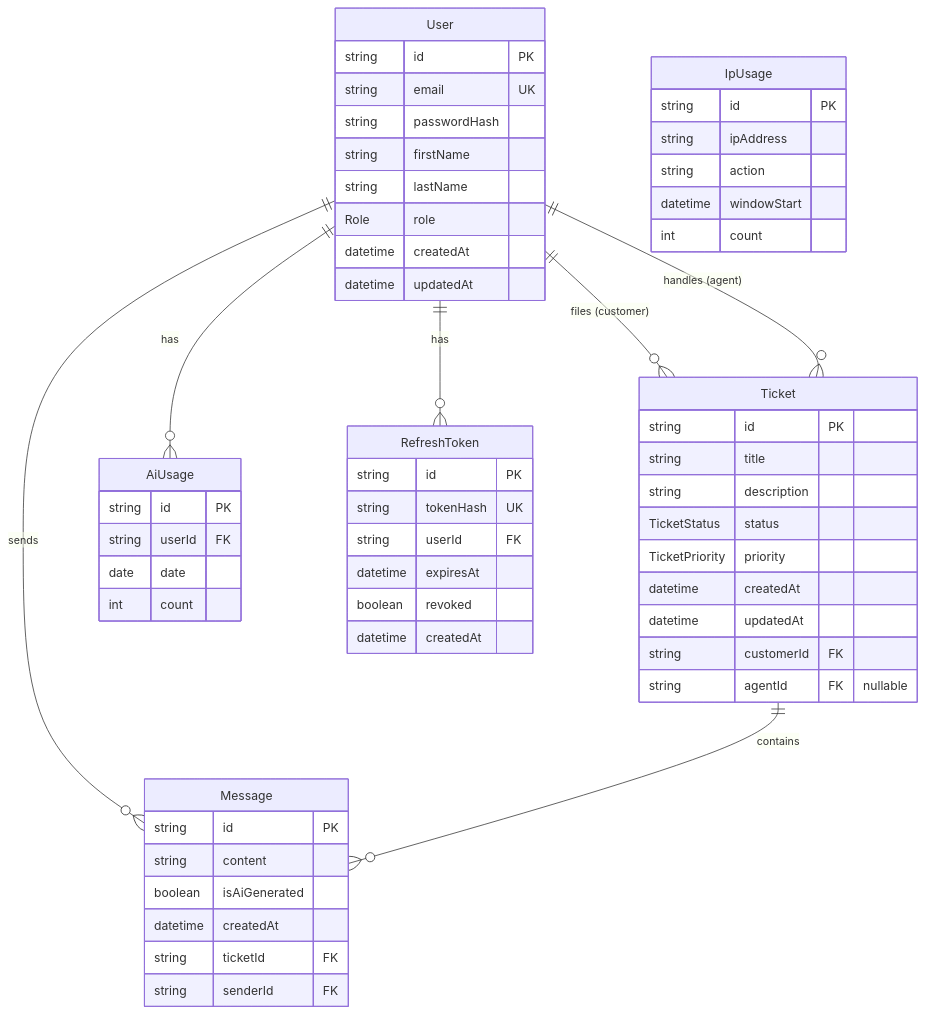
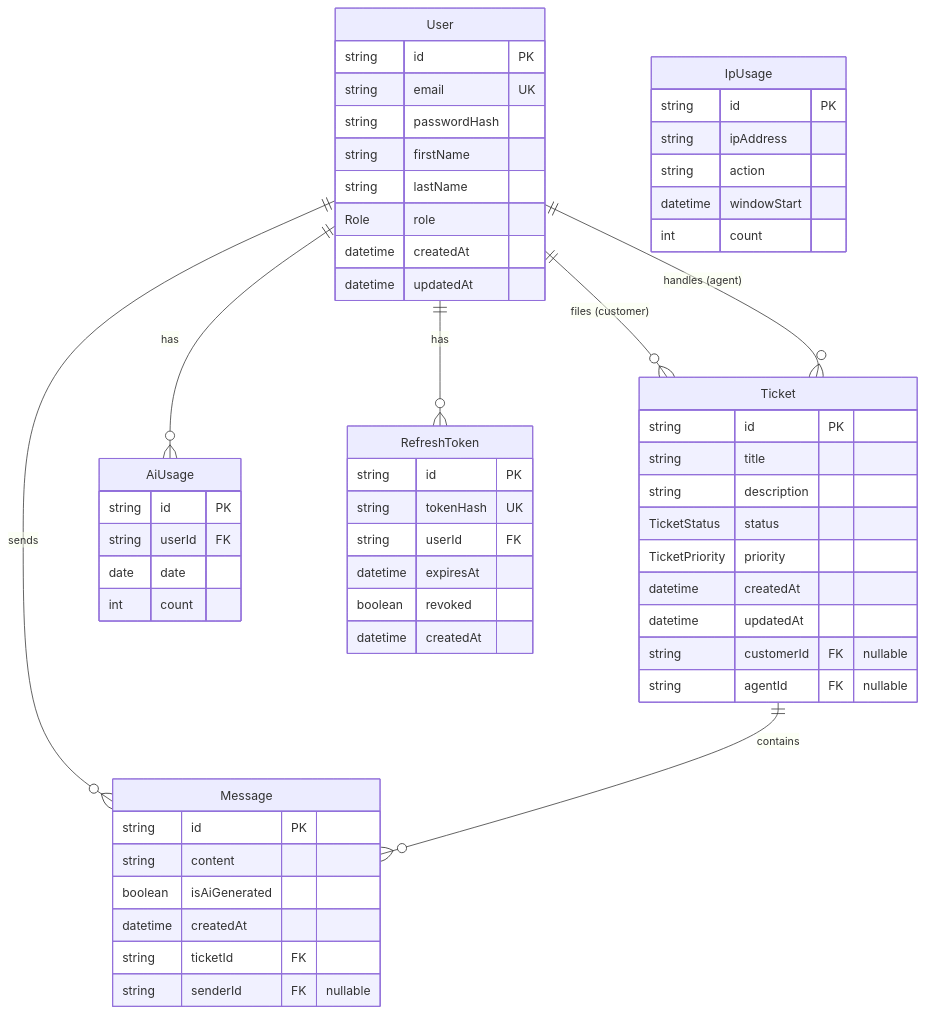
Before and after one commit to Molnar-Zoltan/it-helpdesk: the diagram in docs/schema.md, drawn with Mermaid. The commit also changed other lines of this file and 18 other files, not shown here.

````diff
--- a/docs/schema.md
+++ b/docs/schema.md
@@ -20,65 +20,65 @@
 ```mermaid
 erDiagram
     User ||--o{ Ticket : "files (customer)"
     User ||--o{ Ticket : "handles (agent)"
     User ||--o{ Message : sends
     User ||--o{ AiUsage : has
     User ||--o{ RefreshToken : has
     Ticket ||--o{ Message : contains
 
     User {
         string id PK
         string email UK
         string passwordHash
         string firstName
         string lastName
         Role role
         datetime createdAt
         datetime updatedAt
     }
 
     Ticket {
         string id PK
         string title
         string description
         TicketStatus status
         TicketPriority priority
         datetime createdAt
         datetime updatedAt
-        string customerId FK
+        string customerId FK "nullable"
         string agentId FK "nullable"
     }
 
     Message {
         string id PK
         string content
         boolean isAiGenerated
         datetime createdAt
         string ticketId FK
-        string senderId FK
+        string senderId FK "nullable"
     }
 
     AiUsage {
         string id PK
         string userId FK
         date date
         int count
     }
 
     IpUsage {
         string id PK
         string ipAddress
         string action
         datetime windowStart
         int count
     }
 
     RefreshToken {
         string id PK
         string tokenHash UK
         string userId FK
         datetime expiresAt
         boolean revoked
         datetime createdAt
     }
 ```
````
